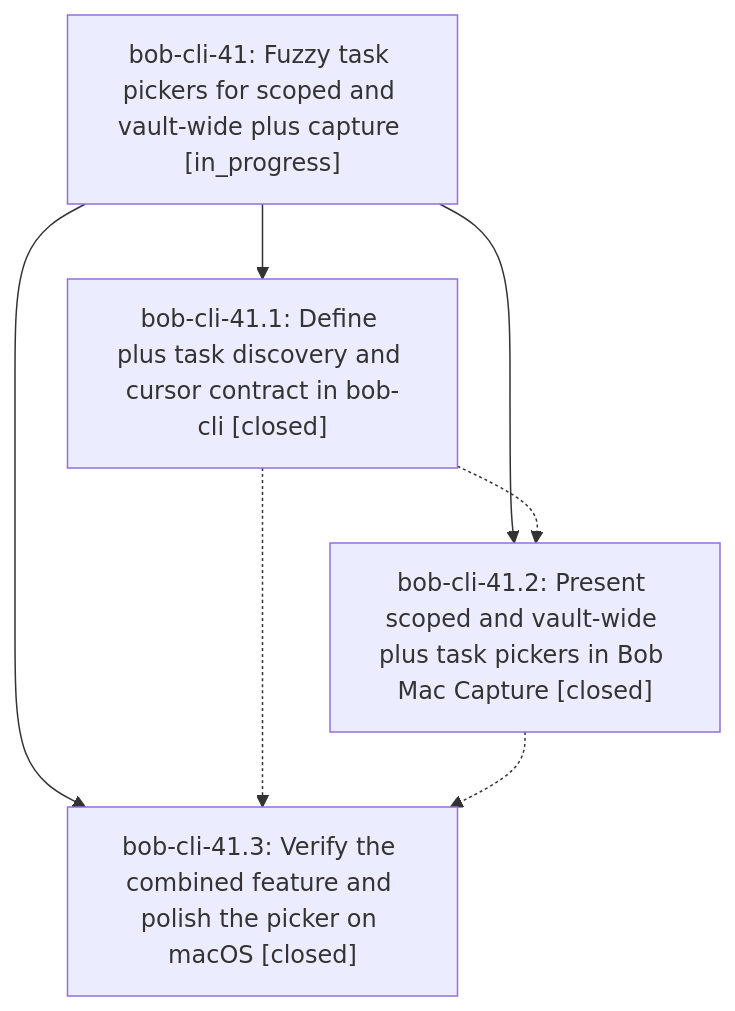
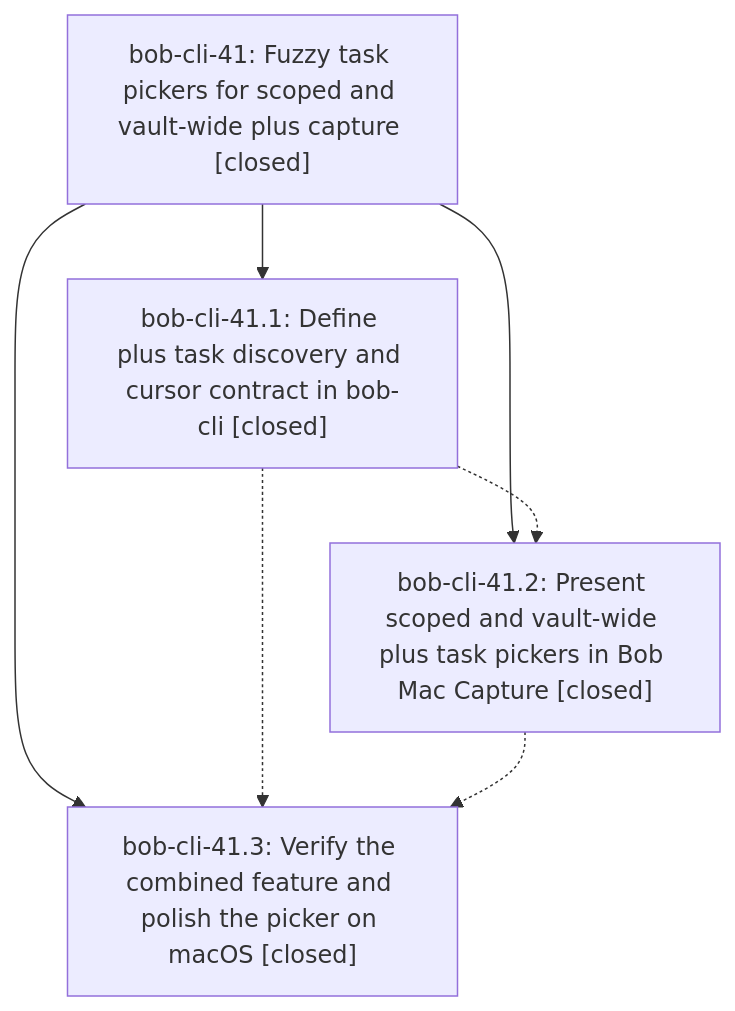
The diagram in pages/bob-cli-41/README.md (bobs-org/bob-cli--beads), drawn with Mermaid before and after one commit. The commit also changed other lines of this file, not shown here.

First line of the commit message:
chore(beads): sync bead state and pages for bob-cli-41

````diff
--- a/pages/bob-cli-41/README.md
+++ b/pages/bob-cli-41/README.md
@@ -24,13 +32,13 @@
 ```mermaid
 flowchart TD
-    n0["bob-cli-41: Fuzzy task pickers for scoped and vault-wide plus capture [in_progress]"]
+    n0["bob-cli-41: Fuzzy task pickers for scoped and vault-wide plus capture [closed]"]
     n1["bob-cli-41.1: Define plus task discovery and cursor contract in bob-cli [closed]"]
     n2["bob-cli-41.2: Present scoped and vault-wide plus task pickers in Bob Mac Capture [closed]"]
     n3["bob-cli-41.3: Verify the combined feature and polish the picker on macOS [closed]"]
     n0 --> n1
     n0 --> n2
     n0 --> n3
     n1 -.-> n2
     n1 -.-> n3
     n2 -.-> n3
 ```
````
